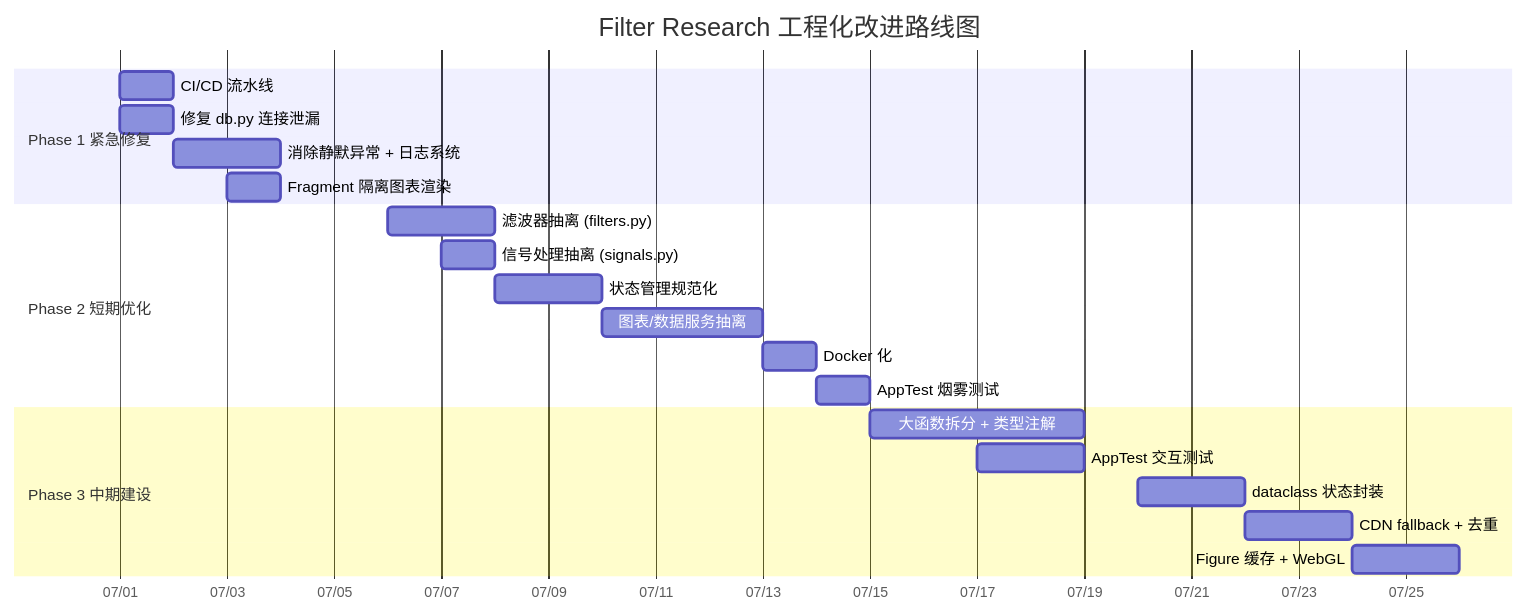
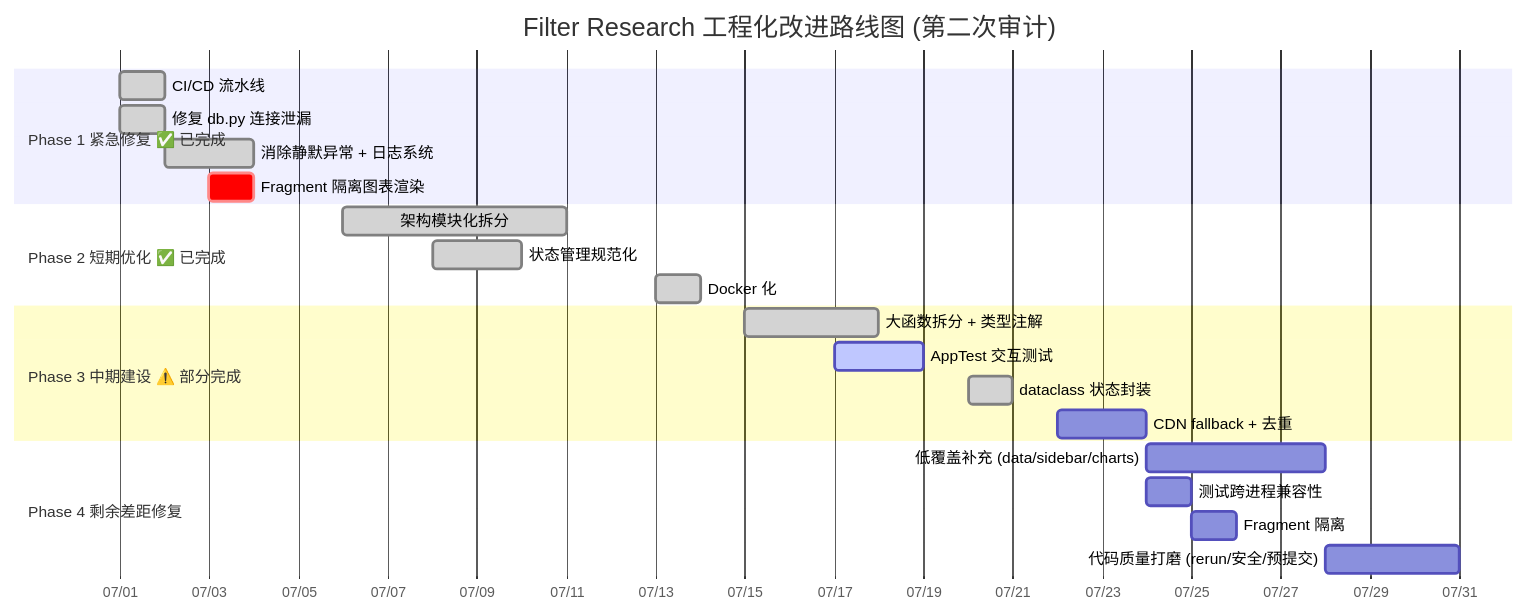
One commit to pxf0797/filter-algorithms-research changed the third of 3 diagrams in docs/streamlit-engineering-analysis-report.md. Above: the diagram before and after it, drawn with Mermaid. The commit also changed other lines of this file, not shown here.

````diff
--- a/docs/streamlit-engineering-analysis-report.md
+++ b/docs/streamlit-engineering-analysis-report.md
@@ -618,27 +440,29 @@
 ```mermaid
 gantt
-    title Filter Research 工程化改进路线图
+    title Filter Research 工程化改进路线图 (第二次审计)
     dateFormat  YYYY-MM-DD
     axisFormat  %m/%d
 
-    section Phase 1 紧急修复
-    CI/CD 流水线           :p1a, 2026-07-01, 1d
-    修复 db.py 连接泄漏     :p1b, 2026-07-01, 1d
-    消除静默异常 + 日志系统 :p1c, 2026-07-02, 2d
-    Fragment 隔离图表渲染  :p1d, 2026-07-03, 1d
+    section Phase 1 紧急修复 ✅ 已完成
+    CI/CD 流水线           :done, p1a, 2026-07-01, 1d
+    修复 db.py 连接泄漏     :done, p1b, 2026-07-01, 1d
+    消除静默异常 + 日志系统 :done, p1c, 2026-07-02, 2d
+    Fragment 隔离图表渲染  :crit, p1d, 2026-07-03, 1d
 
-    section Phase 2 短期优化
-    滤波器抽离 (filters.py) :p2a, 2026-07-06, 2d
-    信号处理抽离 (signals.py):p2b, 2026-07-07, 1d
-    状态管理规范化          :p2c, 2026-07-08, 2d
-    图表/数据服务抽离       :p2d, 2026-07-10, 3d
-    Docker 化              :p2e, 2026-07-13, 1d
-    AppTest 烟雾测试        :p2f, 2026-07-14, 1d
+    section Phase 2 短期优化 ✅ 已完成
+    架构模块化拆分          :done, p2a, 2026-07-06, 5d
+    状态管理规范化          :done, p2c, 2026-07-08, 2d
+    Docker 化              :done, p2e, 2026-07-13, 1d
 
-    section Phase 3 中期建设
-    大函数拆分 + 类型注解   :p3a, 2026-07-15, 4d
-    AppTest 交互测试        :p3b, 2026-07-17, 2d
-    dataclass 状态封装      :p3c, 2026-07-20, 2d
+    section Phase 3 中期建设 ⚠️ 部分完成
+    大函数拆分 + 类型注解   :done, p3a, 2026-07-15, 3d
+    AppTest 交互测试        :active, p3b, 2026-07-17, 2d
+    dataclass 状态封装      :done, p3c, 2026-07-20, 1d
     CDN fallback + 去重     :p3d, 2026-07-22, 2d
-    Figure 缓存 + WebGL     :p3e, 2026-07-24, 2d
+
+    section Phase 4 剩余差距修复
+    低覆盖补充 (data/sidebar/charts) :p4a, 2026-07-24, 4d
+    测试跨进程兼容性        :p4b, 2026-07-24, 1d
+    Fragment 隔离          :p4c, 2026-07-25, 1d
+    代码质量打磨 (rerun/安全/预提交) :p4d, 2026-07-28, 3d
 ```
````
